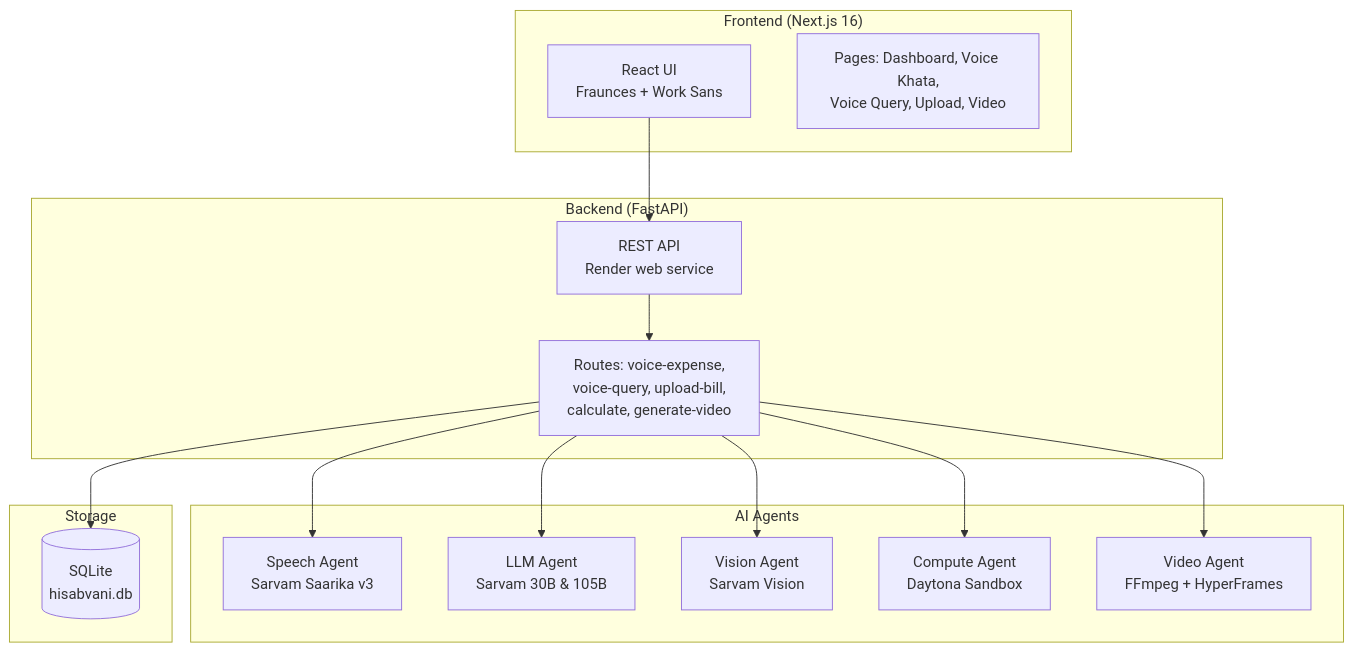
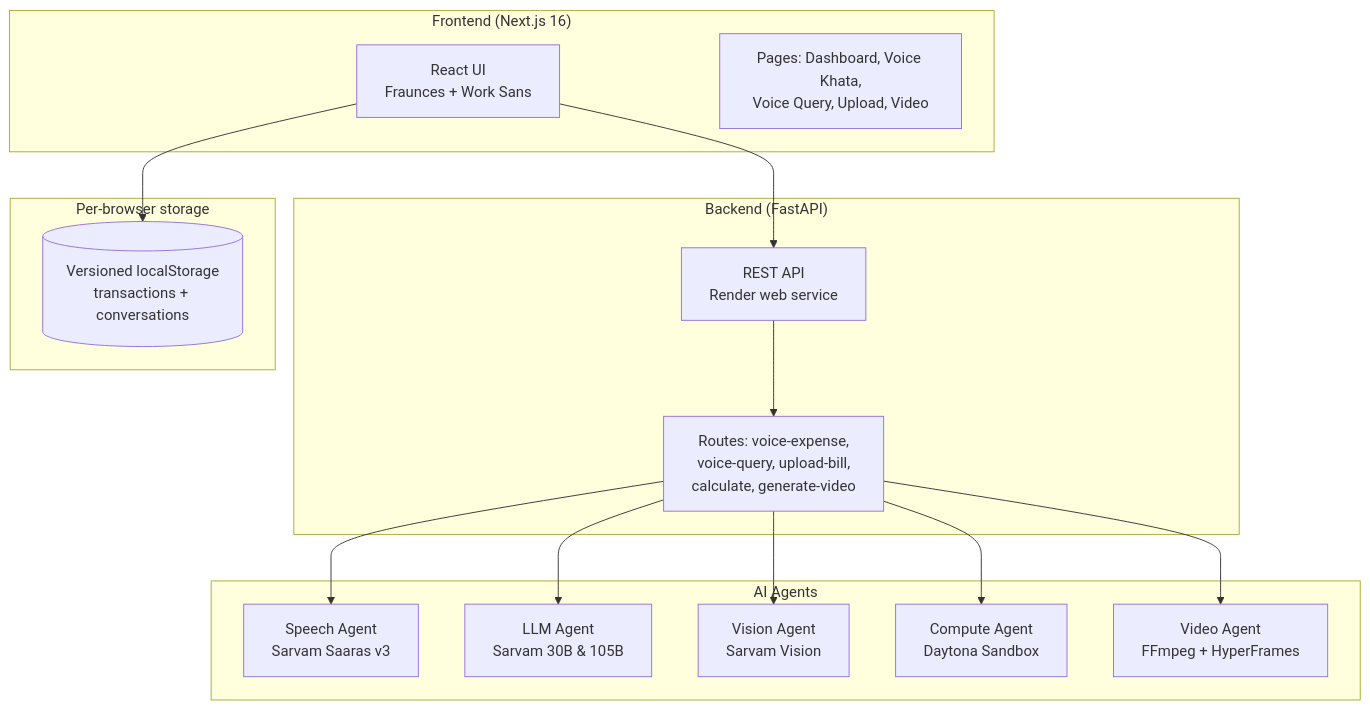
One commit to perfect7613/hisabvani changed the first of 2 diagrams in README.md. Above: the diagram before and after it, drawn with Mermaid. The commit also changed other lines of this file and 21 other files, not shown here.

````diff
--- a/README.md
+++ b/README.md
@@ -24,33 +28,33 @@
 ```mermaid
 graph TB
     subgraph Frontend["Frontend (Next.js 16)"]
         UI[React UI<br/>Fraunces + Work Sans]
         Pages[Pages: Dashboard, Voice Khata,<br/>Voice Query, Upload, Video]
     end
 
     subgraph Backend["Backend (FastAPI)"]
         API[REST API<br/>Render web service]
         Routes[Routes: voice-expense,<br/>voice-query, upload-bill,<br/>calculate, generate-video]
     end
 
     subgraph Agents["AI Agents"]
-        Speech[Speech Agent<br/>Sarvam Saarika v3]
+        Speech[Speech Agent<br/>Sarvam Saaras v3]
         LLM[LLM Agent<br/>Sarvam 30B & 105B]
         Vision[Vision Agent<br/>Sarvam Vision]
         Compute[Compute Agent<br/>Daytona Sandbox]
         Video[Video Agent<br/>FFmpeg + HyperFrames]
     end
 
-    subgraph Storage["Storage"]
-        DB[(SQLite<br/>hisabvani.db)]
+    subgraph Storage["Per-browser storage"]
+        Local[(Versioned localStorage<br/>transactions + conversations)]
     end
 
     UI --> API
     API --> Routes
     Routes --> Speech
     Routes --> LLM
     Routes --> Vision
     Routes --> Compute
     Routes --> Video
-    Routes --> DB
+    UI --> Local
 ```
````
